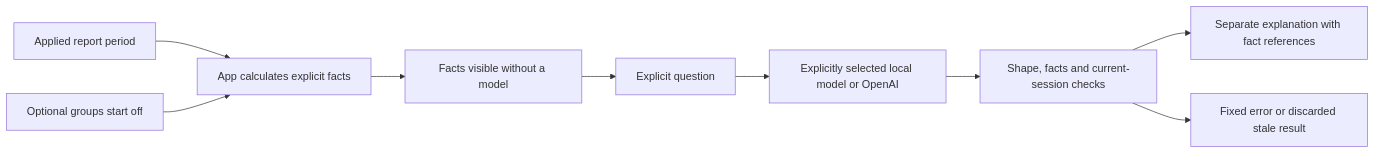
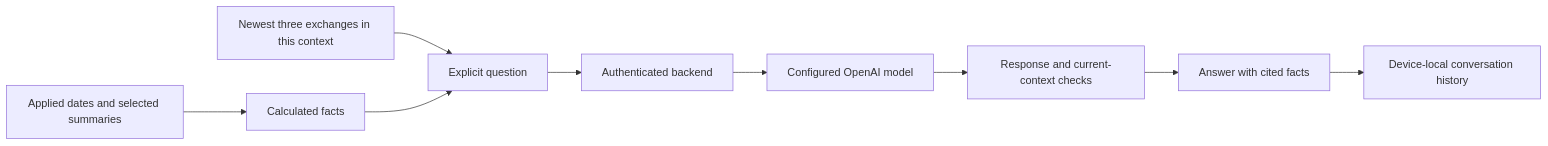
Before and after one commit to lejie710/my-money-management-fyp: the diagram in docs/FINANCIAL_ASSISTANT.md, drawn with Mermaid. The commit also changed other lines of this file and 191 other files, not shown here.

````diff
--- a/docs/FINANCIAL_ASSISTANT.md
+++ b/docs/FINANCIAL_ASSISTANT.md
@@ -37,11 +58,11 @@
 ```mermaid
 flowchart LR
-    A[Applied report period] --> B[App calculates explicit facts]
-    C[Optional groups start off] --> B
-    B --> D[Facts visible without a model]
-    D --> E[Explicit question]
-    E --> F[Explicitly selected local model or OpenAI]
-    F --> G[Shape, facts and current-session checks]
-    G --> H[Separate explanation with fact references]
-    G --> I[Fixed error or discarded stale result]
+    P[Applied dates and selected summaries] --> F[Calculated facts]
+    H[Newest three exchanges in this context] --> Q[Explicit question]
+    F --> Q
+    Q --> B[Authenticated backend]
+    B --> O[Configured OpenAI model]
+    O --> C[Response and current-context checks]
+    C --> A[Answer with cited facts]
+    A --> D[Device-local conversation history]
 ```
````
